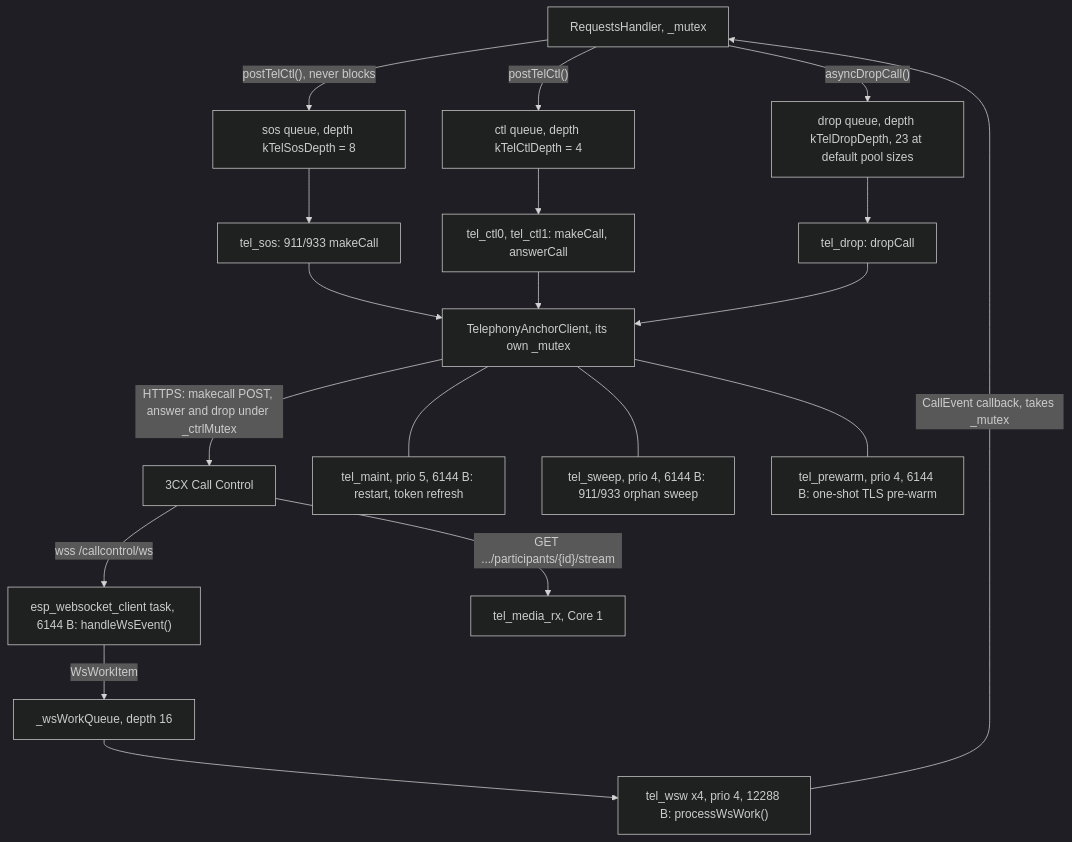
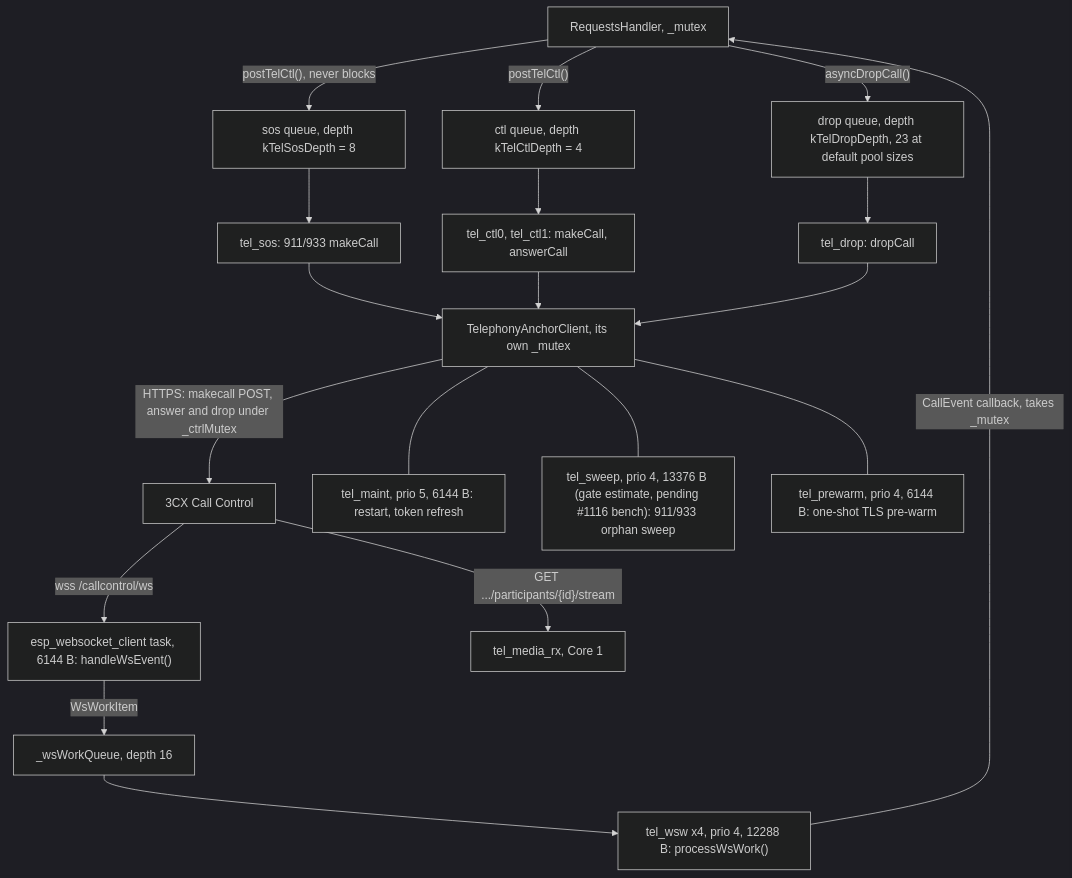
One commit to GlomarGadaffi/pocket-dial changed the second of 4 diagrams in docs/ARCHITECTURE.md. Above: the diagram before and after it, drawn with Mermaid (dark theme). The commit also changed 8 other files, not shown here.

First line of the commit message:
telephony: size tel_sweep's stack for a fresh TLS connect (#1119)

````diff
--- a/docs/ARCHITECTURE.md
+++ b/docs/ARCHITECTURE.md
@@ -56,21 +56,21 @@
 ```mermaid
 flowchart TD
     RH["RequestsHandler, _mutex"] -->|"postTelCtl(), never blocks"| QS["sos queue, depth kTelSosDepth = 8"]
     RH -->|"postTelCtl()"| QC["ctl queue, depth kTelCtlDepth = 4"]
     RH -->|"asyncDropCall()"| QD["drop queue, depth kTelDropDepth, 23 at default pool sizes"]
     QS --> SOS["tel_sos: 911/933 makeCall"]
     QC --> CTL["tel_ctl0, tel_ctl1: makeCall, answerCall"]
     QD --> DROP["tel_drop: dropCall"]
     SOS --> TA["TelephonyAnchorClient, its own _mutex"]
     CTL --> TA
     DROP --> TA
     TA -->|"HTTPS: makecall POST, answer and drop under _ctrlMutex"| PBX["3CX Call Control"]
     PBX -->|"wss /callcontrol/ws"| WST["esp_websocket_client task, 6144 B: handleWsEvent()"]
     WST -->|"WsWorkItem"| WQ["_wsWorkQueue, depth 16"]
     WQ --> WSW["tel_wsw x4, prio 4, 12288 B: processWsWork()"]
     WSW -->|"CallEvent callback, takes _mutex"| RH
     PBX -->|"GET .../participants/{id}/stream"| MRX["tel_media_rx, Core 1"]
     TA --- MAINT["tel_maint, prio 5, 6144 B: restart, token refresh"]
-    TA --- SWEEP["tel_sweep, prio 4, 6144 B: 911/933 orphan sweep"]
+    TA --- SWEEP["tel_sweep, prio 4, 13376 B (gate estimate, pending #1116 bench): 911/933 orphan sweep"]
     TA --- PRE["tel_prewarm, prio 4, 6144 B: one-shot TLS pre-warm"]
 ```
````
